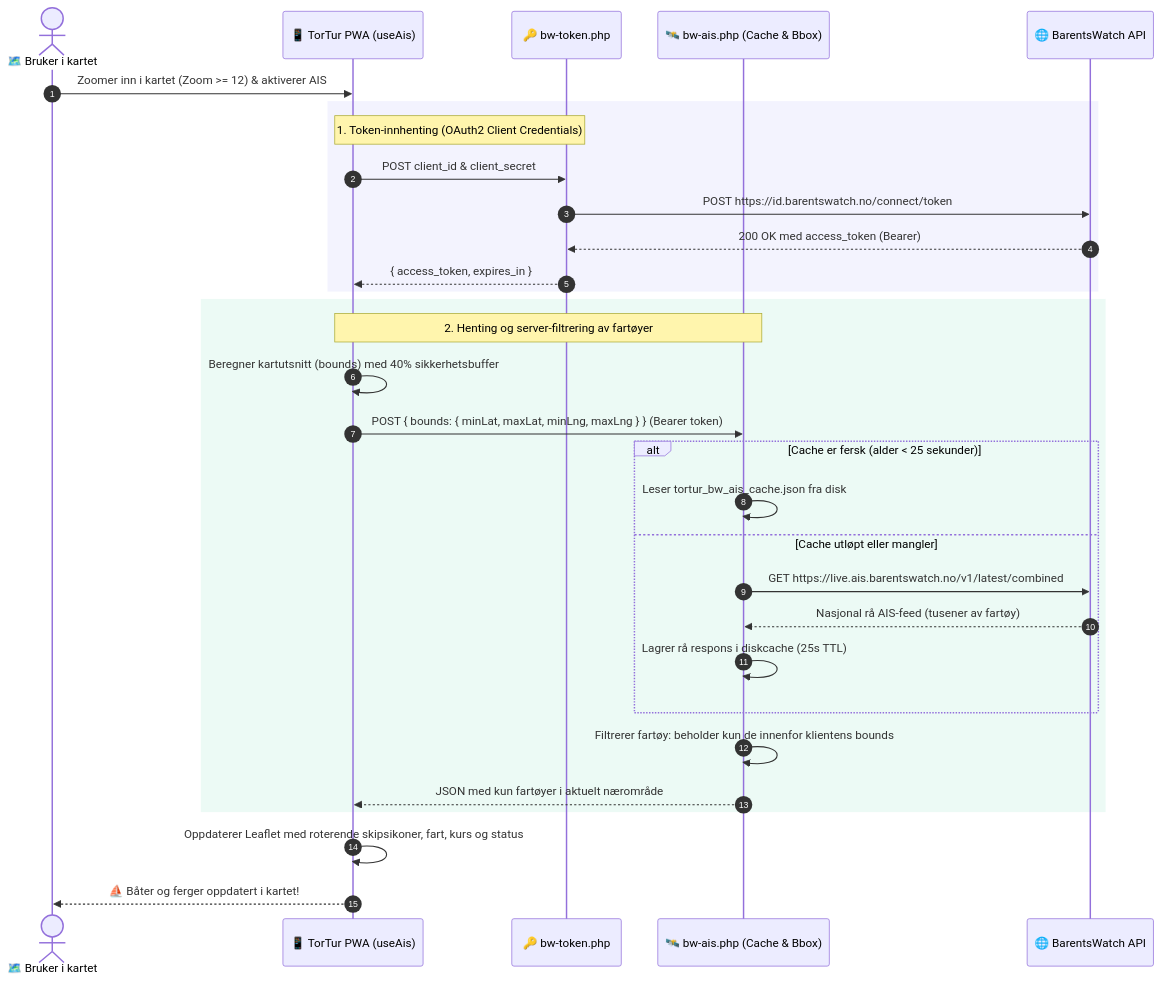
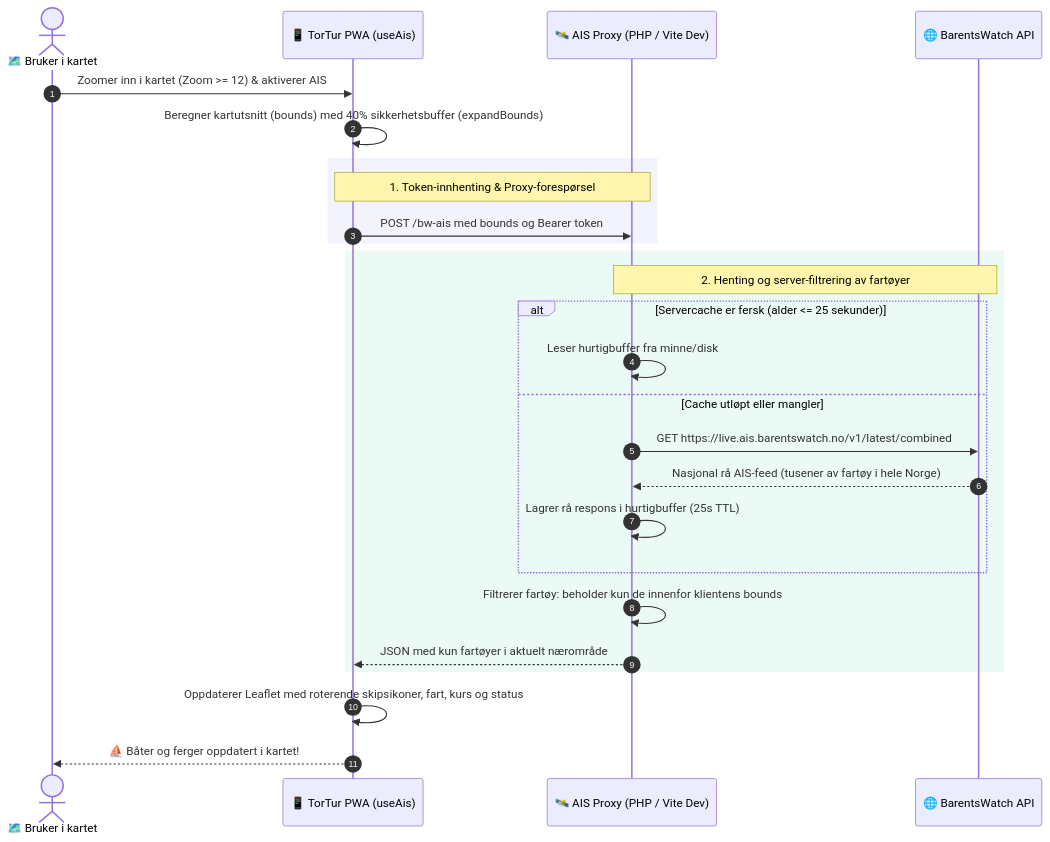
One commit to tmala/tortur changed the third of 4 diagrams in ARCHITECTURE.md. Above: the diagram before and after it, drawn with Mermaid. The commit also changed other lines of this file and 1 other file, not shown here.

Commit message:
docs: update README and ARCHITECTURE documentation to reflect latest features and tech stack

````diff
--- a/ARCHITECTURE.md
+++ b/ARCHITECTURE.md
@@ -100,39 +101,33 @@
 ```mermaid
 sequenceDiagram
     autonumber
     actor Bruker as 🗺️ Bruker i kartet
     participant Klient as 📱 TorTur PWA (useAis)
-    participant BWToken as 🔑 bw-token.php
-    participant BWAis as 🛰️ bw-ais.php (Cache & Bbox)
+    participant AISProxy as 🛰️ AIS Proxy (PHP / Vite Dev)
     participant BW as 🌐 BarentsWatch API
 
     Bruker->>Klient: Zoomer inn i kartet (Zoom >= 12) & aktiverer AIS
+    Klient->>Klient: Beregner kartutsnitt (bounds) med 40% sikkerhetsbuffer (expandBounds)
 
     rect rgb(99, 102, 241, 0.08)
-    note over Klient,BWToken: 1. Token-innhenting (OAuth2 Client Credentials)
-    Klient->>BWToken: POST client_id & client_secret
-    BWToken->>BW: POST https://id.barentswatch.no/connect/token
-    BW-->>BWToken: 200 OK med access_token (Bearer)
-    BWToken-->>Klient: { access_token, expires_in }
+    note over Klient,AISProxy: 1. Token-innhenting & Proxy-forespørsel
+    Klient->>AISProxy: POST /bw-ais med bounds og Bearer token
     end
 
     rect rgb(16, 185, 129, 0.08)
-    note over Klient,BWAis: 2. Henting og server-filtrering av fartøyer
-    Klient->>Klient: Beregner kartutsnitt (bounds) med 40% sikkerhetsbuffer
-    Klient->>BWAis: POST { bounds: { minLat, maxLat, minLng, maxLng } } (Bearer token)
-
-    alt Cache er fersk (alder < 25 sekunder)
-        BWAis->>BWAis: Leser tortur_bw_ais_cache.json fra disk
+    note over AISProxy,BW: 2. Henting og server-filtrering av fartøyer
+    alt Servercache er fersk (alder <= 25 sekunder)
+        AISProxy->>AISProxy: Leser hurtigbuffer fra minne/disk
     else Cache utløpt eller mangler
-        BWAis->>BW: GET https://live.ais.barentswatch.no/v1/latest/combined
-        BW-->>BWAis: Nasjonal rå AIS-feed (tusener av fartøy)
-        BWAis->>BWAis: Lagrer rå respons i diskcache (25s TTL)
+        AISProxy->>BW: GET https://live.ais.barentswatch.no/v1/latest/combined
+        BW-->>AISProxy: Nasjonal rå AIS-feed (tusener av fartøy i hele Norge)
+        AISProxy->>AISProxy: Lagrer rå respons i hurtigbuffer (25s TTL)
     end
 
-    BWAis->>BWAis: Filtrerer fartøy: beholder kun de innenfor klientens bounds
-    BWAis-->>Klient: JSON med kun fartøyer i aktuelt nærområde
+    AISProxy->>AISProxy: Filtrerer fartøy: beholder kun de innenfor klientens bounds
+    AISProxy-->>Klient: JSON med kun fartøyer i aktuelt nærområde
     end
 
     Klient->>Klient: Oppdaterer Leaflet med roterende skipsikoner, fart, kurs og status
     Klient-->>Bruker: ⛵ Båter og ferger oppdatert i kartet!
 ```
````
